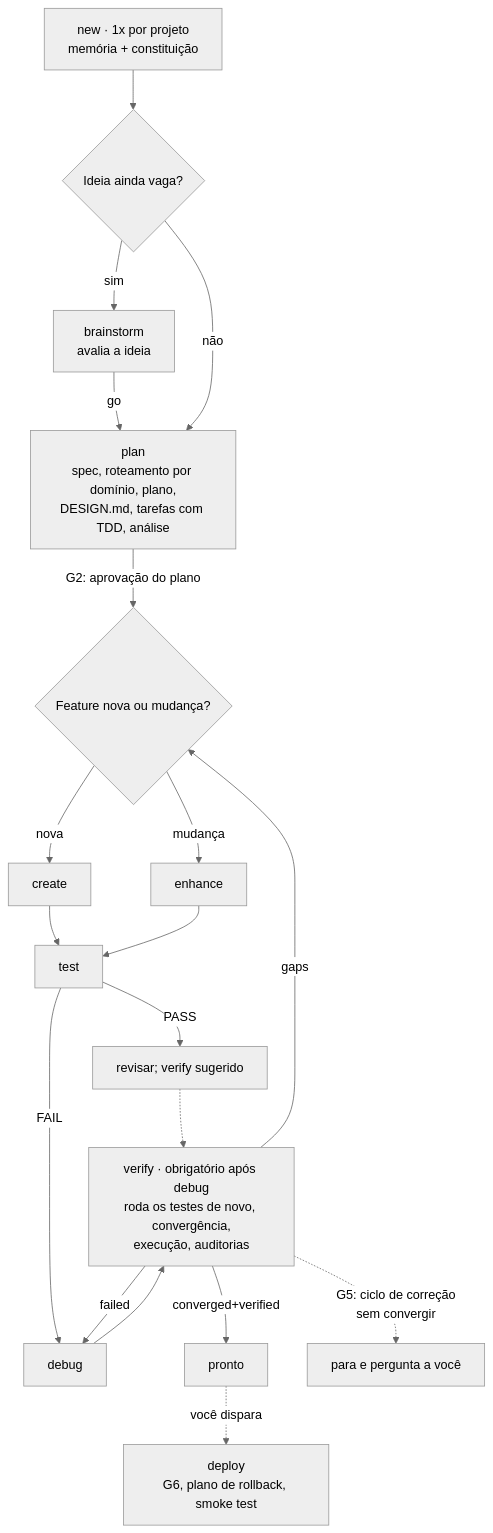
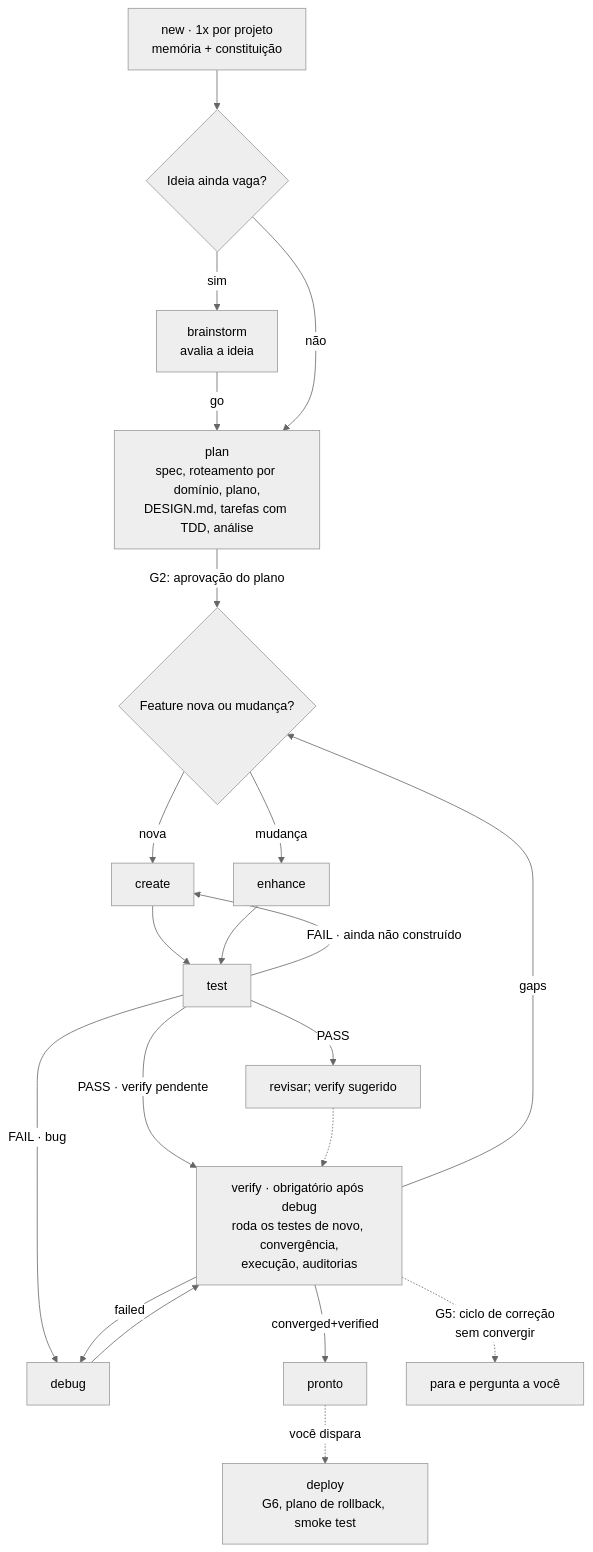
Before and after one commit to Reprograme/redevkit: the second of 2 diagrams in README.pt-BR.md, drawn with Mermaid (neutral theme). The commit also changed other lines of this file and 91 other files, not shown here.

````diff
--- a/README.pt-BR.md
+++ b/README.pt-BR.md
@@ -147,21 +148,23 @@
 ```mermaid
 flowchart TD
     NEW["new · 1x por projeto<br/>memória + constituição"] --> Q{"Ideia ainda vaga?"}
     Q -->|sim| BS["brainstorm<br/>avalia a ideia"]
     BS -->|go| PLAN
     Q -->|não| PLAN["plan<br/>spec, roteamento por domínio, plano,<br/>DESIGN.md, tarefas com TDD, análise"]
     PLAN -->|"G2: aprovação do plano"| KIND{"Feature nova ou mudança?"}
     KIND -->|nova| CR["create"]
     KIND -->|mudança| EN["enhance"]
     CR --> TS["test"]
     EN --> TS
     TS -->|PASS| DONE["revisar; verify sugerido"]
-    TS -->|FAIL| DB["debug"]
+    TS -->|"PASS · verify pendente"| VF
+    TS -->|"FAIL · bug"| DB["debug"]
+    TS -->|"FAIL · ainda não construído"| CR
     DB --> VF["verify · obrigatório após debug<br/>roda os testes de novo, convergência,<br/>execução, auditorias"]
     DONE -.-> VF
     VF -->|gaps| KIND
     VF -->|failed| DB
     VF -->|converged+verified| READY["pronto"]
     VF -.->|"G5: ciclo de correção<br/>sem convergir"| ASK["para e pergunta a você"]
     READY -.->|"você dispara"| DP["deploy<br/>G6, plano de rollback, smoke test"]
 ```
````
